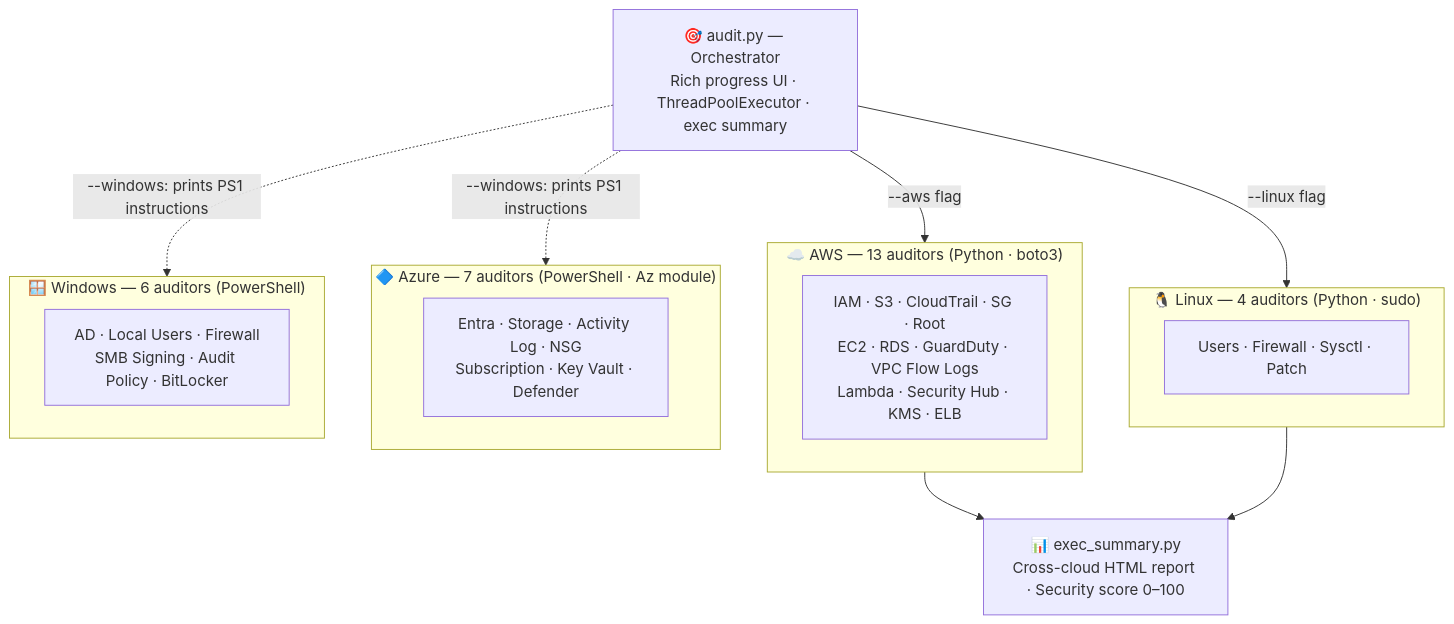
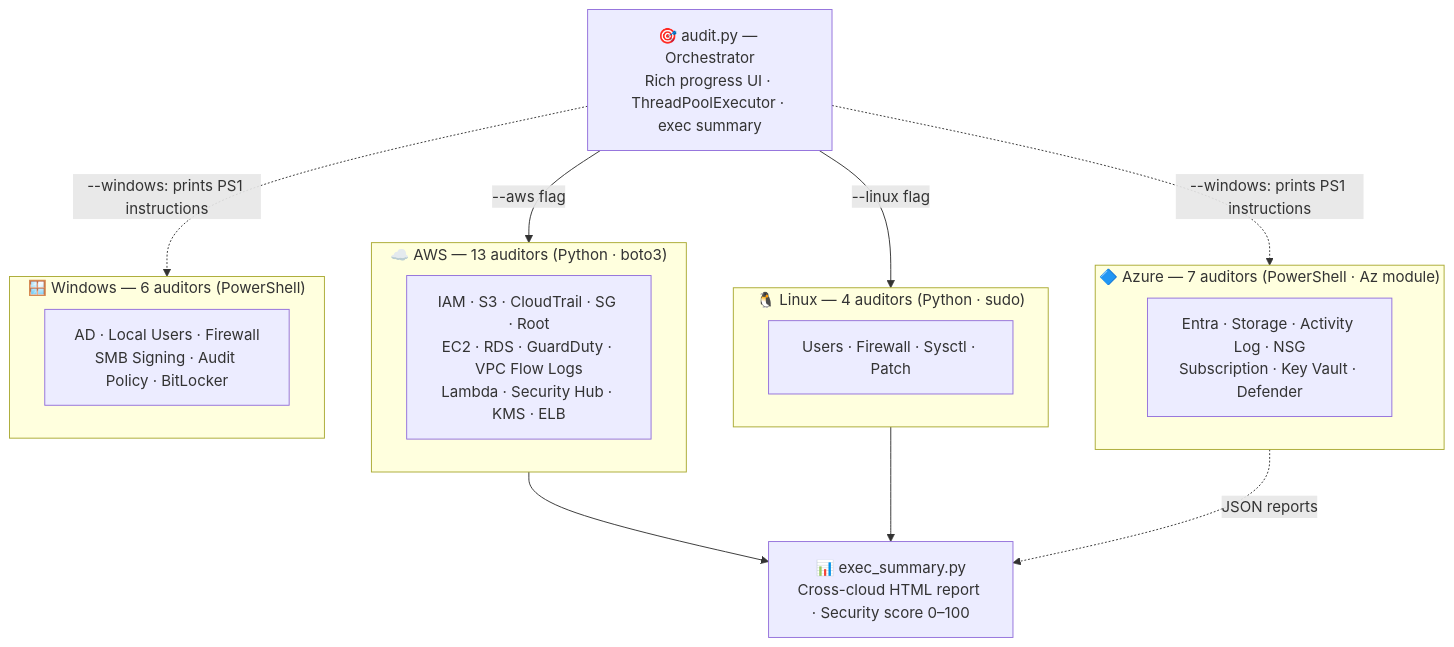
Before and after one commit to DunneSecurity/SecurityAuditScripts: the diagram in README.md, drawn with Mermaid. The commit also changed 8 other files, not shown here.

````diff
--- a/README.md
+++ b/README.md
@@ -13,28 +13,29 @@
 ```mermaid
 graph TD
     O["🎯 audit.py — Orchestrator\nRich progress UI · ThreadPoolExecutor · exec summary"]
 
     subgraph AWS["☁️ AWS  —  13 auditors  (Python · boto3)"]
         A["IAM · S3 · CloudTrail · SG · Root\nEC2 · RDS · GuardDuty · VPC Flow Logs\nLambda · Security Hub · KMS · ELB"]
     end
 
     subgraph Linux["🐧 Linux  —  4 auditors  (Python · sudo)"]
         L["Users · Firewall · Sysctl · Patch"]
     end
 
     subgraph Azure["🔷 Azure  —  7 auditors  (PowerShell · Az module)"]
         AZ["Entra · Storage · Activity Log · NSG\nSubscription · Key Vault · Defender"]
     end
 
     subgraph Windows["🪟 Windows  —  6 auditors  (PowerShell)"]
         W["AD · Local Users · Firewall\nSMB Signing · Audit Policy · BitLocker"]
     end
 
     O -->|"--aws flag"| AWS
     O -->|"--linux flag"| Linux
     O -.->|"--windows: prints PS1 instructions"| Azure
     O -.->|"--windows: prints PS1 instructions"| Windows
 
     AWS --> S["📊 exec_summary.py\nCross-cloud HTML report · Security score 0–100"]
     Linux --> S
+    Azure -.->|"JSON reports"| S
 ```
````
